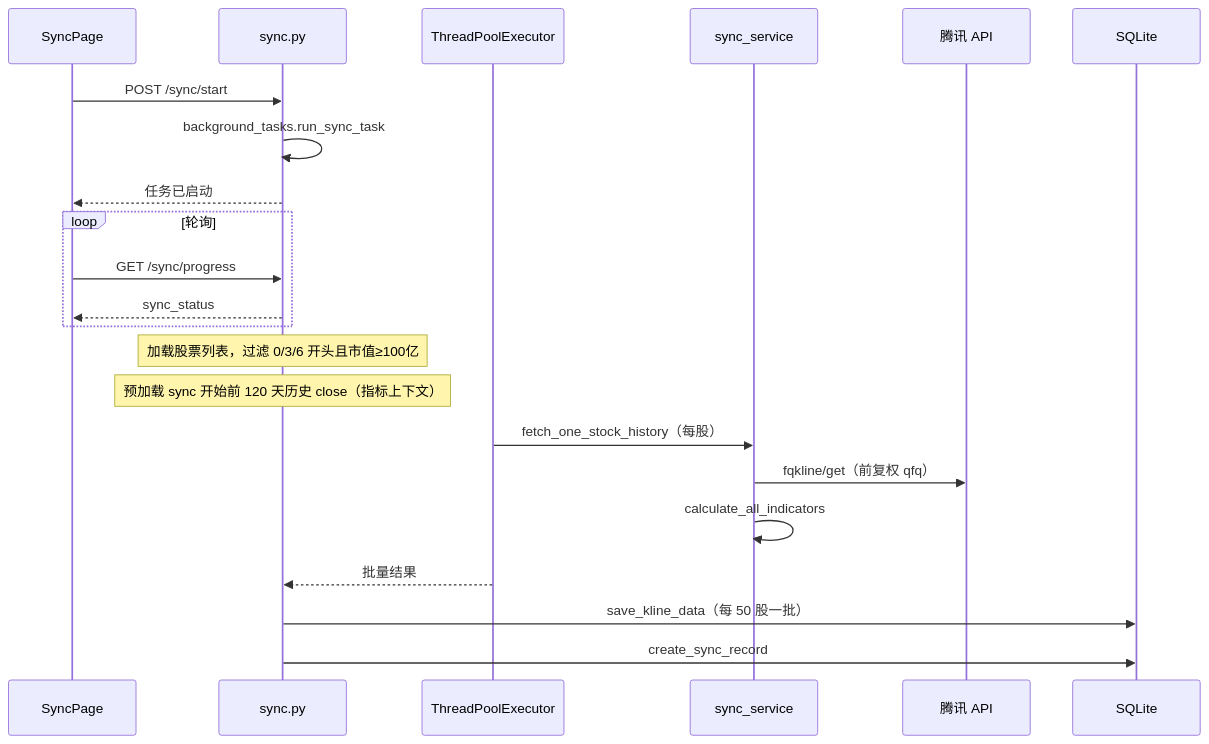
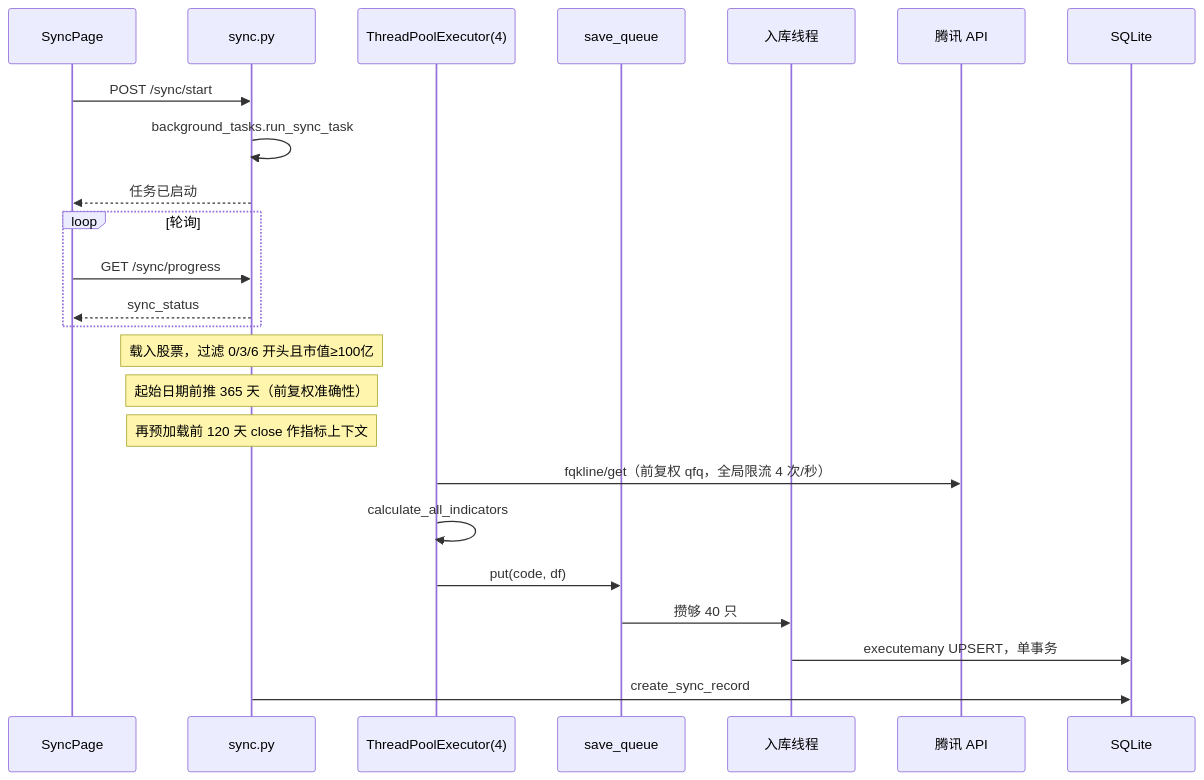
The second of 2 diagrams in docs/PROJECT_CONTEXT.md (Ten2016/Stock_selection_system), drawn with Mermaid before and after one commit. The commit also changed other lines of this file and 33 other files, not shown here.

````diff
--- a/docs/PROJECT_CONTEXT.md
+++ b/docs/PROJECT_CONTEXT.md
@@ -265,27 +282,29 @@
 ```mermaid
 sequenceDiagram
     participant UI as SyncPage
     participant API as sync.py
-    participant Pool as ThreadPoolExecutor
-    participant SVC as sync_service
+    participant Pool as ThreadPoolExecutor(4)
+    participant Q as save_queue
+    participant Saver as 入库线程
     participant TX as 腾讯 API
     participant DB as SQLite
 
     UI->>API: POST /sync/start
     API->>API: background_tasks.run_sync_task
     API-->>UI: 任务已启动
 
     loop 轮询
         UI->>API: GET /sync/progress
         API-->>UI: sync_status
     end
 
-    Note over API: 加载股票列表，过滤 0/3/6 开头且市值≥100亿
-    Note over API: 预加载 sync 开始前 120 天历史 close（指标上下文）
-    Pool->>SVC: fetch_one_stock_history（每股）
-    SVC->>TX: fqkline/get（前复权 qfq）
-    SVC->>SVC: calculate_all_indicators
-    Pool-->>API: 批量结果
-    API->>DB: save_kline_data（每 50 股一批）
+    Note over API: 载入股票，过滤 0/3/6 开头且市值≥100亿
+    Note over API: 起始日期前推 365 天（前复权准确性）
+    Note over API: 再预加载前 120 天 close 作指标上下文
+    Pool->>TX: fqkline/get（前复权 qfq，全局限流 4 次/秒）
+    Pool->>Pool: calculate_all_indicators
+    Pool->>Q: put(code, df)
+    Q->>Saver: 攒够 40 只
+    Saver->>DB: executemany UPSERT，单事务
     API->>DB: create_sync_record
 ```
````
